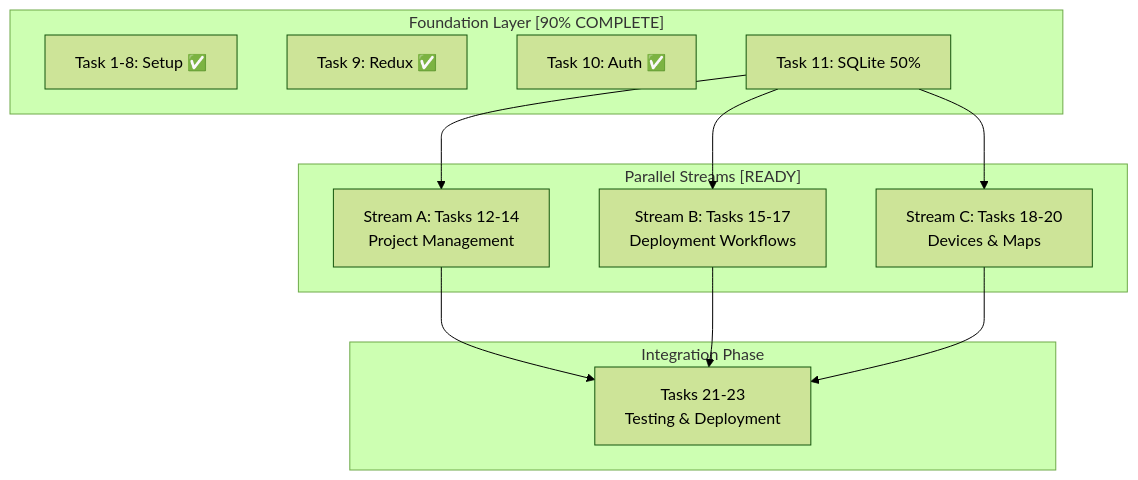
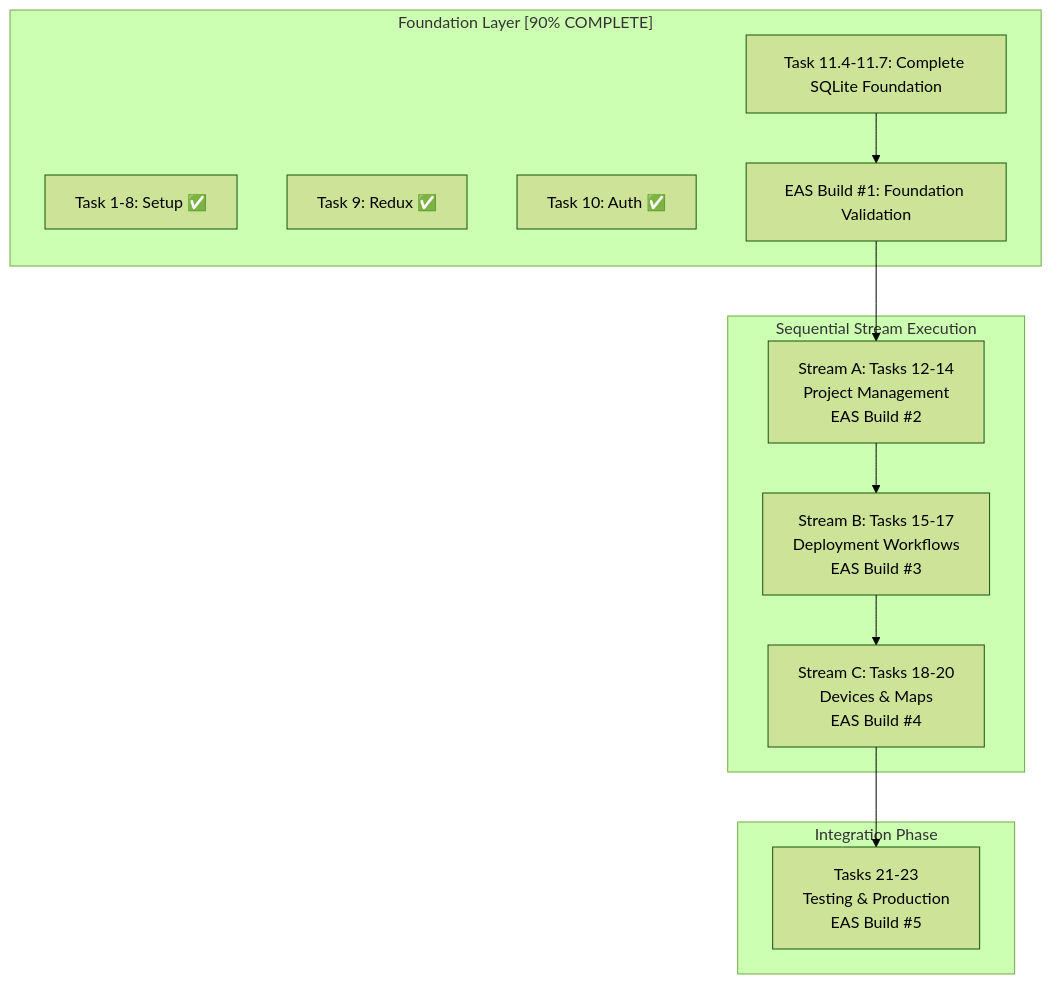
Before and after one commit to wildlifeai/ww-mobile-app: the diagram in project-context/MVP2-Tasks/MVP2-MASTER-EXECUTION-PLAN.md, drawn with Mermaid (forest theme). The commit also changed other lines of this file and 5 other files, not shown here.

First line of the commit message:
feat: comprehensive MVP2 execution plan enhancement with parallel agents

````diff
--- a/project-context/MVP2-Tasks/MVP2-MASTER-EXECUTION-PLAN.md
+++ b/project-context/MVP2-Tasks/MVP2-MASTER-EXECUTION-PLAN.md
@@ -24,26 +43,26 @@
 ```mermaid
 graph TD
     subgraph "Foundation Layer [90% COMPLETE]"
         T1[Task 1-8: Setup ✅]
         T9[Task 9: Redux ✅]
         T10[Task 10: Auth ✅]
-        T11[Task 11: SQLite 50%]
+        T11[Task 11.4-11.7: Complete SQLite Foundation]
+        T11B[EAS Build #1: Foundation Validation]
     end
 
-    subgraph "Parallel Streams [READY]"
-        A[Stream A: Tasks 12-14<br/>Project Management]
-        B[Stream B: Tasks 15-17<br/>Deployment Workflows]
-        C[Stream C: Tasks 18-20<br/>Devices & Maps]
+    subgraph "Sequential Stream Execution"
+        A[Stream A: Tasks 12-14<br/>Project Management<br/>EAS Build #2]
+        B[Stream B: Tasks 15-17<br/>Deployment Workflows<br/>EAS Build #3]
+        C[Stream C: Tasks 18-20<br/>Devices & Maps<br/>EAS Build #4]
     end
 
     subgraph "Integration Phase"
-        I[Tasks 21-23<br/>Testing & Deployment]
+        I[Tasks 21-23<br/>Testing & Production<br/>EAS Build #5]
     end
 
-    T11 --> A
-    T11 --> B
-    T11 --> C
-    A --> I
-    B --> I
+    T11 --> T11B
+    T11B --> A
+    A --> B
+    B --> C
     C --> I
 ```
````
